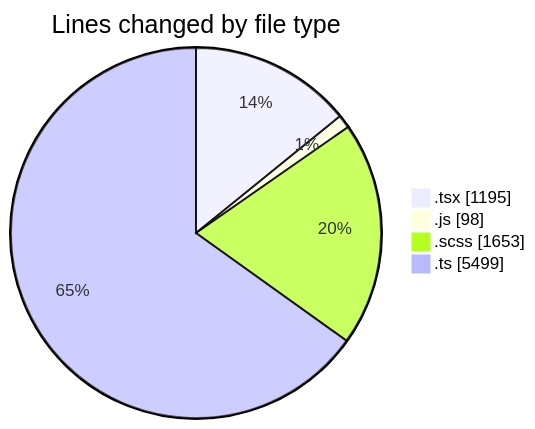
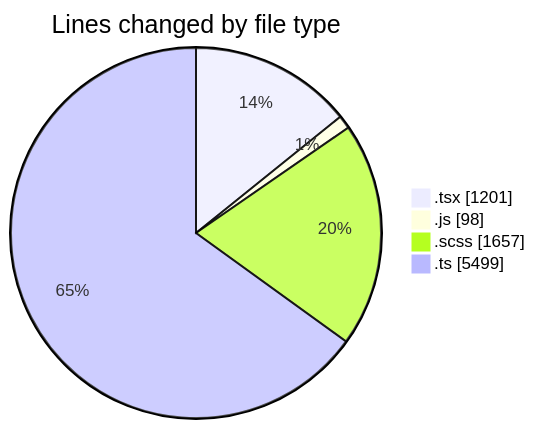
Before and after one commit to momahboobian/code-tracking: the first of 2 diagrams in 2025-03-31/cda/README.md, drawn with Mermaid. The commit also changed other lines of this file and 1 other file, not shown here.

````diff
--- a/2025-03-31/cda/README.md
+++ b/2025-03-31/cda/README.md
@@ -39,8 +39,8 @@
 ```mermaid
 pie showData
 title Lines changed by file type
-".tsx" : 1195
+".tsx" : 1201
 ".js" : 98
-".scss" : 1653
+".scss" : 1657
 ".ts" : 5499
 ```
````
